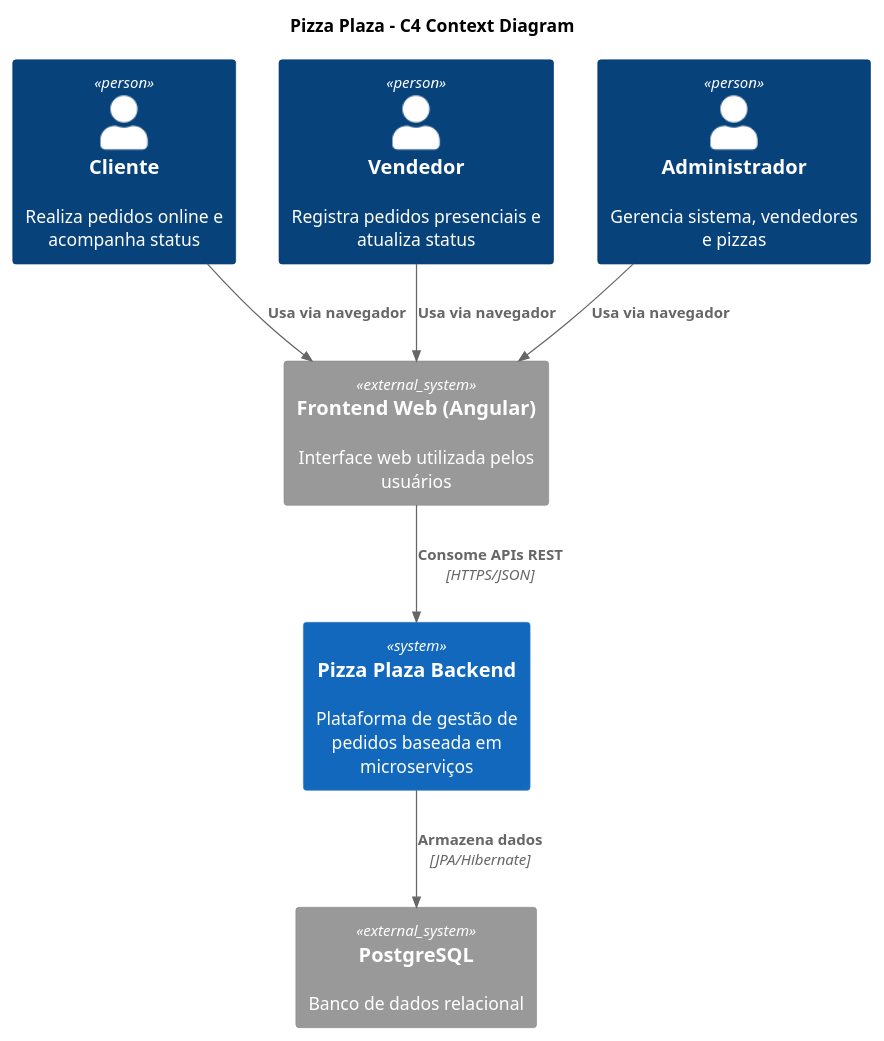
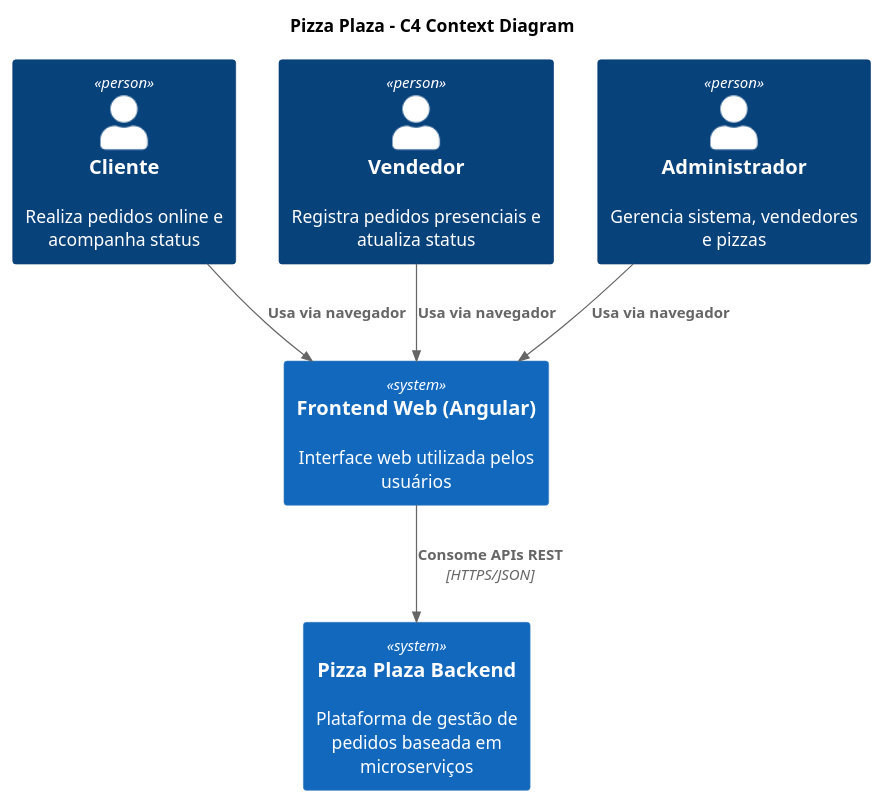
One commit to Luis-Fernando-Pereira/pizzaplaza-back changed the diagram in c4_contexto.puml. Above: the diagram before and after it, drawn with PlantUML. The commit also changed 10 other files, not shown here.

```diff
--- a/c4_contexto.puml
+++ b/c4_contexto.puml
@@ -1,24 +1,21 @@
 @startuml C4_Context
     !include https://raw.githubusercontent.com/plantuml-stdlib/C4-PlantUML/master/C4_Context.puml
 
     title Pizza Plaza - C4 Context Diagram
 
     Person(cliente, "Cliente", "Realiza pedidos online e acompanha status")
     Person(vendedor, "Vendedor", "Registra pedidos presenciais e atualiza status")
     Person(admin, "Administrador", "Gerencia sistema, vendedores e pizzas")
 
-    System_Ext(frontend, "Frontend Web (Angular)", "Interface web utilizada pelos usuários")
+    System(frontend, "Frontend Web (Angular)", "Interface web utilizada pelos usuários")
 
     System(sistema, "Pizza Plaza Backend","Plataforma de gestão de pedidos baseada em microserviços")
-
-    System_Ext(db, "PostgreSQL", "Banco de dados relacional")
 
     Rel(cliente, frontend, "Usa via navegador")
     Rel(vendedor, frontend, "Usa via navegador")
     Rel(admin, frontend, "Usa via navegador")
 
     Rel(frontend, sistema, "Consome APIs REST", "HTTPS/JSON")
 
-    Rel(sistema, db, "Armazena dados", "JPA/Hibernate")
 
 @enduml
```
